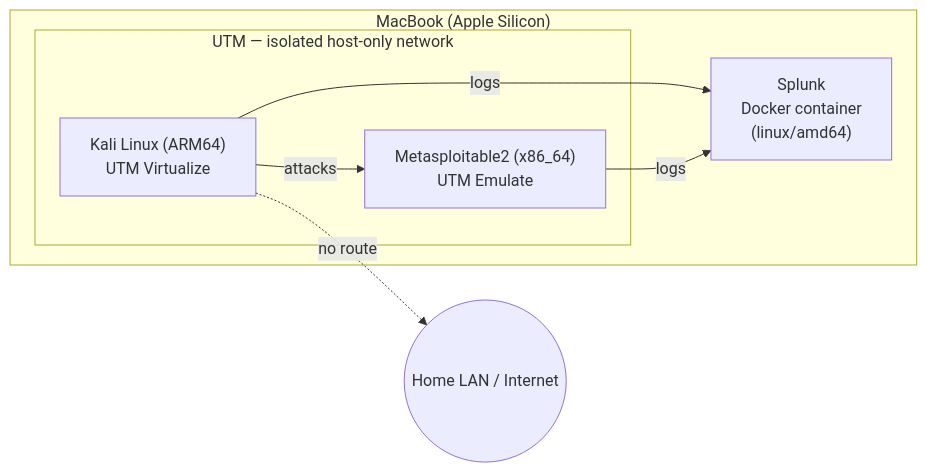
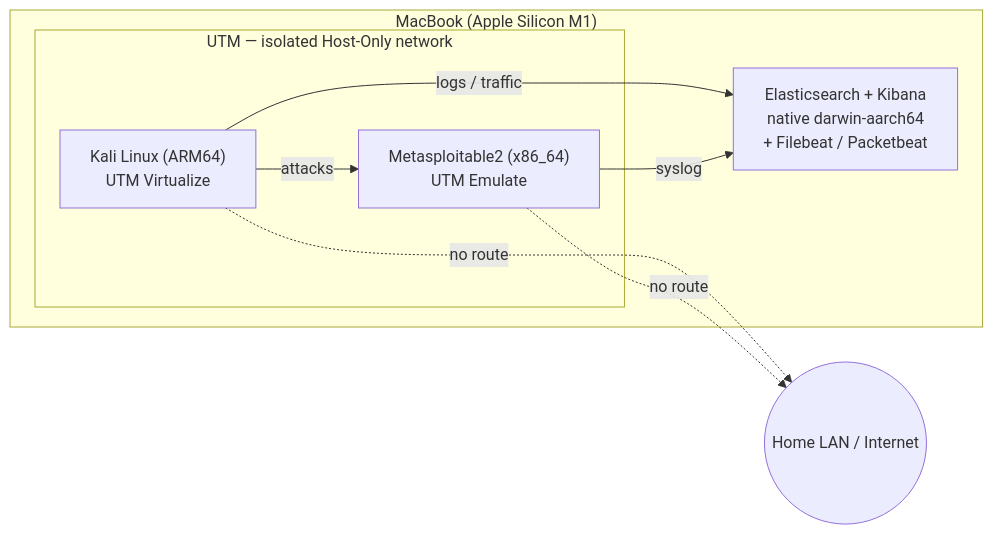
Before and after one commit to samweiss6/virtualized-security-lab: the diagram in README.md, drawn with Mermaid. The commit also changed other lines of this file and 3 other files, not shown here.

First line of the commit message:
Switch SIEM to Elastic/Kibana; add verified CLAUDE.md

````diff
--- a/README.md
+++ b/README.md
@@ -19,14 +27,15 @@
 ```mermaid
 graph LR
-    subgraph Host["MacBook (Apple Silicon)"]
-        subgraph UTM["UTM — isolated host-only network"]
+    subgraph Host["MacBook (Apple Silicon M1)"]
+        subgraph UTM["UTM — isolated Host-Only network"]
             Kali["Kali Linux (ARM64)<br/>UTM Virtualize"]
             Target["Metasploitable2 (x86_64)<br/>UTM Emulate"]
         end
-        Splunk["Splunk<br/>Docker container<br/>(linux/amd64)"]
+        Elastic["Elasticsearch + Kibana<br/>native darwin-aarch64<br/>+ Filebeat / Packetbeat"]
     end
     Kali -- "attacks" --> Target
-    Kali -- "logs" --> Splunk
-    Target -- "logs" --> Splunk
+    Kali -- "logs / traffic" --> Elastic
+    Target -- "syslog" --> Elastic
     Kali -. "no route" .-> Internet(("Home LAN / Internet"))
+    Target -. "no route" .-> Internet
 ```
````
